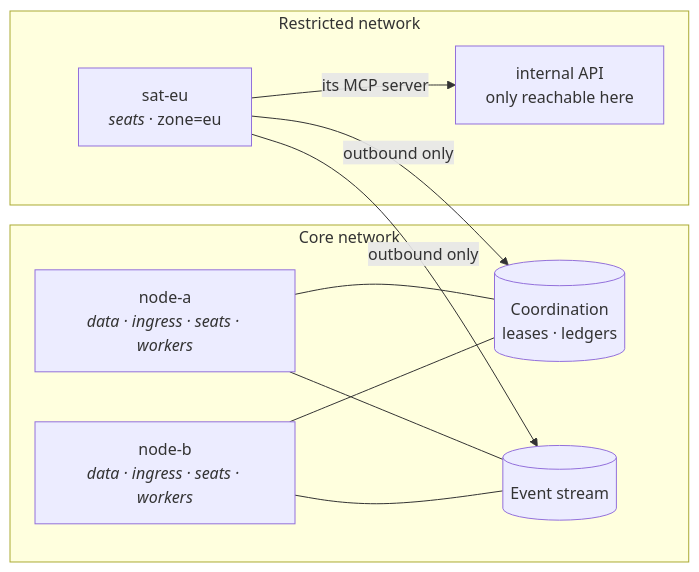
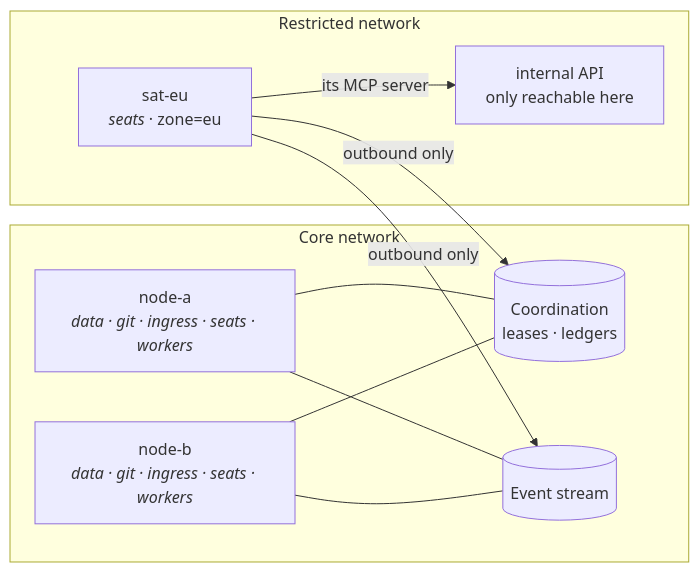
One commit to crewlet/crewlet changed the diagram in docs/guides/satellite-nodes.md. Above: the diagram before and after it, drawn with Mermaid. The commit also changed other lines of this file and 73 other files, not shown here.

````diff
--- a/docs/guides/satellite-nodes.md
+++ b/docs/guides/satellite-nodes.md
@@ -69,20 +75,20 @@
 ```mermaid
 flowchart LR
     subgraph core["Core network"]
-        C1["node-a<br/><i>data · ingress · seats · workers</i>"]
-        C2["node-b<br/><i>data · ingress · seats · workers</i>"]
+        C1["node-a<br/><i>data · git · ingress · seats · workers</i>"]
+        C2["node-b<br/><i>data · git · ingress · seats · workers</i>"]
         KV[("Coordination<br/>leases · ledgers")]
         MQ[("Event stream")]
     end
     subgraph zone["Restricted network"]
         S["sat-eu<br/><i>seats</i> · zone=eu"]
         API["internal API<br/>only reachable here"]
         S -->|its MCP server| API
     end
     C1 --- KV
     C2 --- KV
     C1 --- MQ
     C2 --- MQ
     S -->|outbound only| KV
     S -->|outbound only| MQ
 ```
````
